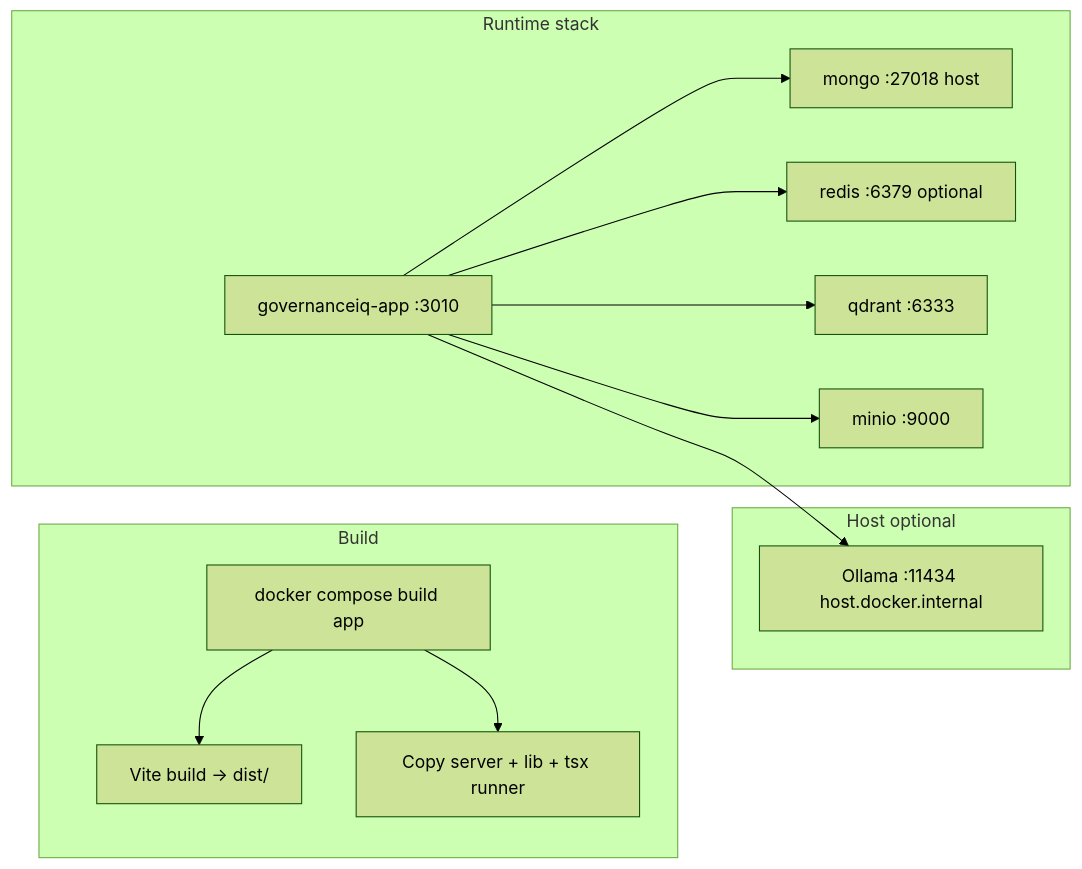
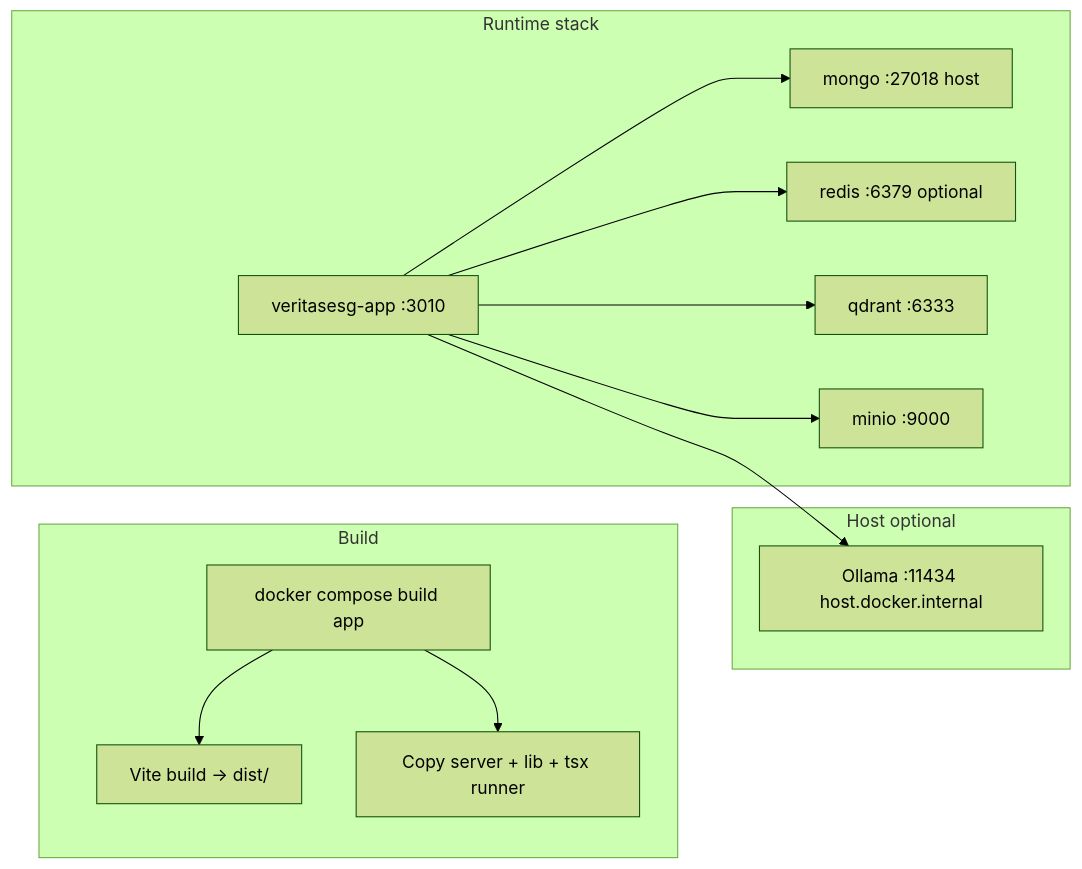
The diagram in docs/architecture/architecture-target-structure-and-backlog.md (hakant66/VeritasESG), drawn with Mermaid (forest theme) before and after one commit. The commit also changed 42 other files, not shown here.

````diff
--- a/docs/architecture/architecture-target-structure-and-backlog.md
+++ b/docs/architecture/architecture-target-structure-and-backlog.md
@@ -11,25 +11,25 @@
 ```mermaid
 flowchart LR
   subgraph Build
     A[docker compose build app] --> B[Vite build → dist/]
     A --> C[Copy server + lib + tsx runner]
   end
 
   subgraph Runtime stack
-    app[governanceiq-app :3010]
+    app[veritasesg-app :3010]
     mongo[mongo :27018 host]
     redis[redis :6379 optional]
     qdrant[qdrant :6333]
     minio[minio :9000]
   end
 
   subgraph Host optional
     ollama[Ollama :11434 host.docker.internal]
   end
 
   app --> mongo
   app --> redis
   app --> qdrant
   app --> minio
   app --> ollama
 ```
````
